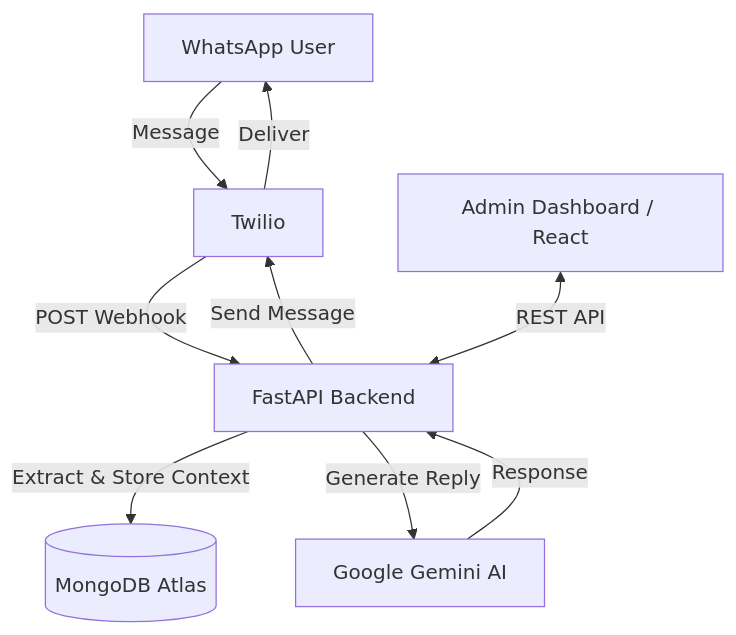
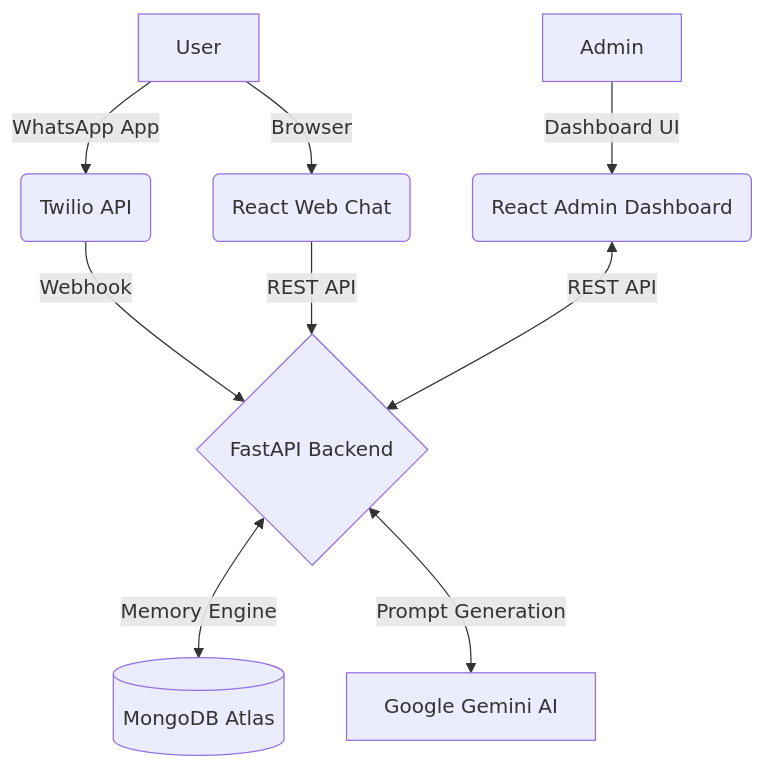
The diagram in README.md (jatinverma023/AI-WhatsApp-Assistant), drawn with Mermaid before and after one commit. The commit also changed other lines of this file and 1 other file, not shown here.

````diff
--- a/README.md
+++ b/README.md
@@ -20,11 +45,14 @@
 ```mermaid
 graph TD
-    WhatsApp[WhatsApp User] -->|Message| Twilio
-    Twilio -->|POST Webhook| FastAPI[FastAPI Backend]
-    FastAPI -->|Extract & Store Context| MongoDB[(MongoDB Atlas)]
-    FastAPI -->|Generate Reply| Gemini[Google Gemini AI]
-    Gemini -->|Response| FastAPI
-    FastAPI -->|Send Message| Twilio
-    Twilio -->|Deliver| WhatsApp
-    Admin[Admin Dashboard / React] <-->|REST API| FastAPI
+    A[User] -->|WhatsApp App| B(Twilio API)
+    A -->|Browser| C(React Web Chat)
+    
+    B -->|Webhook| D{FastAPI Backend}
+    C -->|REST API| D
+    
+    D <-->|Memory Engine| E[(MongoDB Atlas)]
+    D <-->|Prompt Generation| F[Google Gemini AI]
+    
+    G[Admin] -->|Dashboard UI| H(React Admin Dashboard)
+    H <-->|REST API| D
 ```
````
